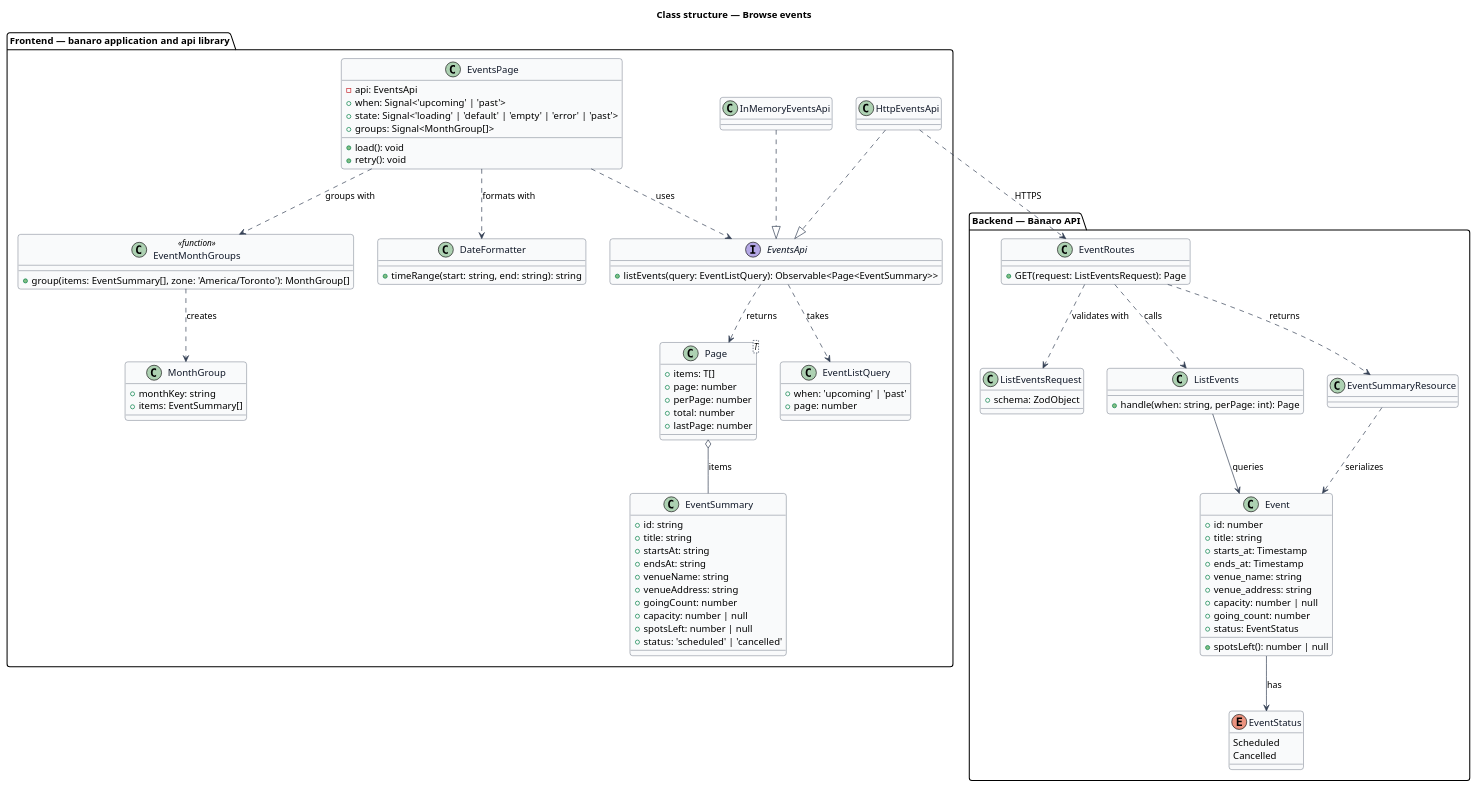
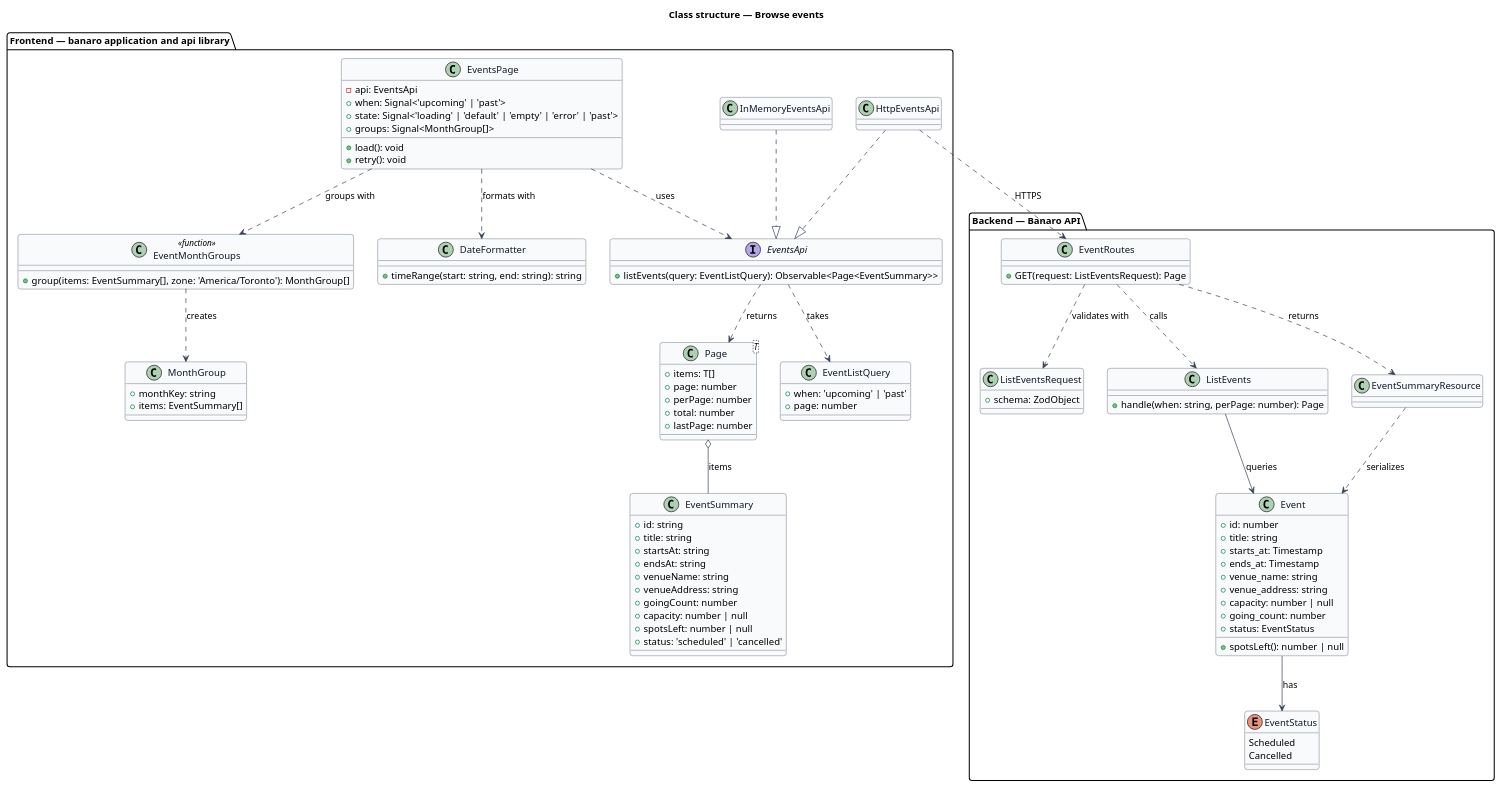
Before and after one commit to QuinntyneBrown/banaro: the diagram in docs/detailed-designs/events/browse-events/diagrams/class-structure.puml, drawn with PlantUML. The commit also changed 395 other files, not shown here.

```diff
--- a/docs/detailed-designs/events/browse-events/diagrams/class-structure.puml
+++ b/docs/detailed-designs/events/browse-events/diagrams/class-structure.puml
@@ -1,111 +1,111 @@
 @startuml
 ' --- shared skin header ---
 skinparam backgroundColor #FFFFFF
 skinparam shadowing false
 skinparam roundcorner 8
 skinparam defaultFontName Arial
 skinparam ArrowColor #344054
 skinparam class {
   BorderColor #344054
   FontColor #101828
   BackgroundColor #F9FAFB
 }
 ' --------------------------
 title Class structure — Browse events
 
 package "Frontend — banaro application and api library" {
   class EventsPage {
     -api: EventsApi
     +when: Signal<'upcoming' | 'past'>
     +state: Signal<'loading' | 'default' | 'empty' | 'error' | 'past'>
     +groups: Signal<MonthGroup[]>
     +load(): void
     +retry(): void
   }
   class EventMonthGroups <<function>> {
     +group(items: EventSummary[], zone: 'America/Toronto'): MonthGroup[]
   }
   class MonthGroup {
     +monthKey: string
     +items: EventSummary[]
   }
   class DateFormatter {
     +timeRange(start: string, end: string): string
   }
   interface EventsApi {
     +listEvents(query: EventListQuery): Observable<Page<EventSummary>>
   }
   class HttpEventsApi
   class InMemoryEventsApi
   class EventListQuery {
     +when: 'upcoming' | 'past'
     +page: number
   }
   class EventSummary {
     +id: string
     +title: string
     +startsAt: string
     +endsAt: string
     +venueName: string
     +venueAddress: string
     +goingCount: number
     +capacity: number | null
     +spotsLeft: number | null
     +status: 'scheduled' | 'cancelled'
   }
   class "Page<T>" as Page {
     +items: T[]
     +page: number
     +perPage: number
     +total: number
     +lastPage: number
   }
 }
 
 package "Backend — Banaro API" {
   class EventRoutes {
     +GET(request: ListEventsRequest): Page
   }
   class ListEventsRequest {
     +schema: ZodObject
   }
   class ListEvents {
-    +handle(when: string, perPage: int): Page
+    +handle(when: string, perPage: number): Page
   }
   class Event {
     +id: number
     +title: string
     +starts_at: Timestamp
     +ends_at: Timestamp
     +venue_name: string
     +venue_address: string
     +capacity: number | null
     +going_count: number
     +status: EventStatus
     +spotsLeft(): number | null
   }
   enum EventStatus {
     Scheduled
     Cancelled
   }
   class EventSummaryResource
 }
 
 EventsPage ..> EventsApi : uses
 EventsPage ..> EventMonthGroups : groups with
 EventsPage ..> DateFormatter : formats with
 EventMonthGroups ..> MonthGroup : creates
 HttpEventsApi ..|> EventsApi
 InMemoryEventsApi ..|> EventsApi
 EventsApi ..> EventListQuery : takes
 EventsApi ..> Page : returns
 Page o-- EventSummary : items
 HttpEventsApi ..> EventRoutes : HTTPS
 
 EventRoutes ..> ListEventsRequest : validates with
 EventRoutes ..> ListEvents : calls
 EventRoutes ..> EventSummaryResource : returns
 ListEvents --> Event : queries
 EventSummaryResource ..> Event : serializes
 Event --> EventStatus : has
 @enduml
```
